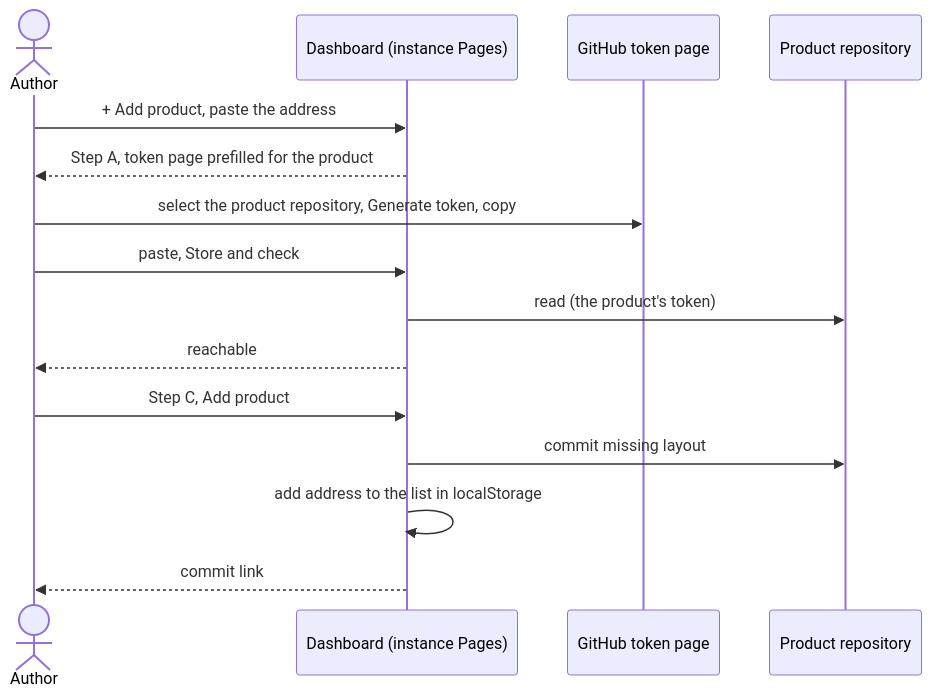
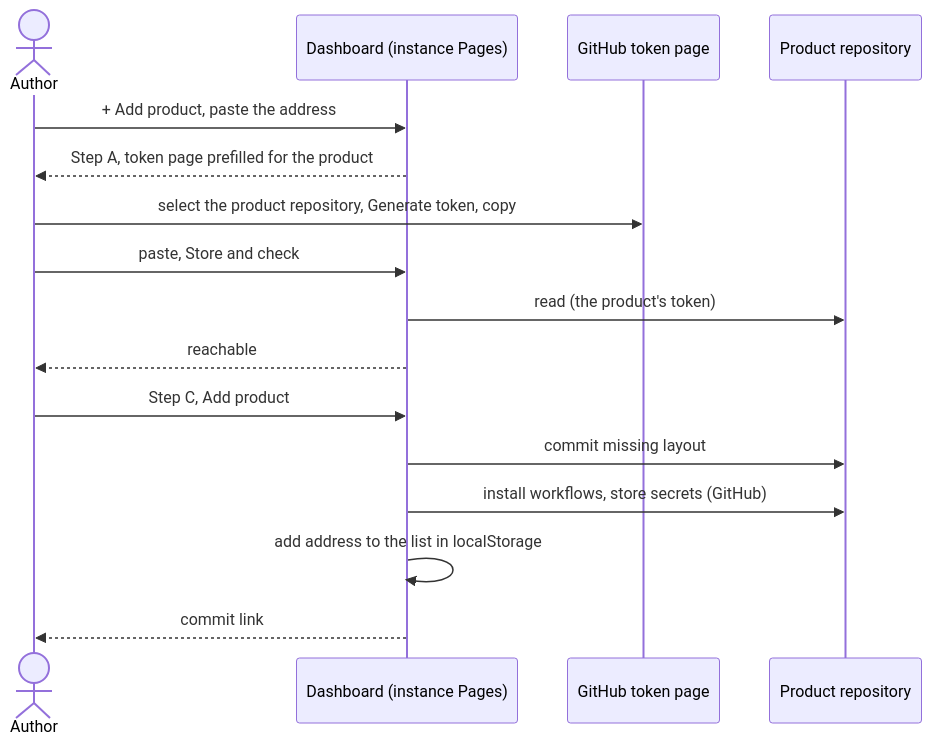
Before and after one commit to akmaier/agent-m: the diagram in docs/use-cases/UC-001-add-a-managed-product.md, drawn with Mermaid. The commit also changed other lines of this file, not shown here.

First line of the commit message:
UC-001 step 5: Add product also sets up GitHub Actions for a GitHub product, as UC-010's Set up GitHub Actions does (draft)

````diff
--- a/docs/use-cases/UC-001-add-a-managed-product.md
+++ b/docs/use-cases/UC-001-add-a-managed-product.md
@@ -90,17 +93,18 @@
 ```mermaid
 sequenceDiagram
     actor A as Author
     participant D as Dashboard (instance Pages)
     participant G as GitHub token page
     participant P as Product repository
     A->>D: + Add product, paste the address
     D-->>A: Step A, token page prefilled for the product
     A->>G: select the product repository, Generate token, copy
     A->>D: paste, Store and check
     D->>P: read (the product's token)
     D-->>A: reachable
     A->>D: Step C, Add product
     D->>P: commit missing layout
+    D->>P: install workflows, store secrets (GitHub)
     D->>D: add address to the list in localStorage
     D-->>A: commit link
 ```
````
